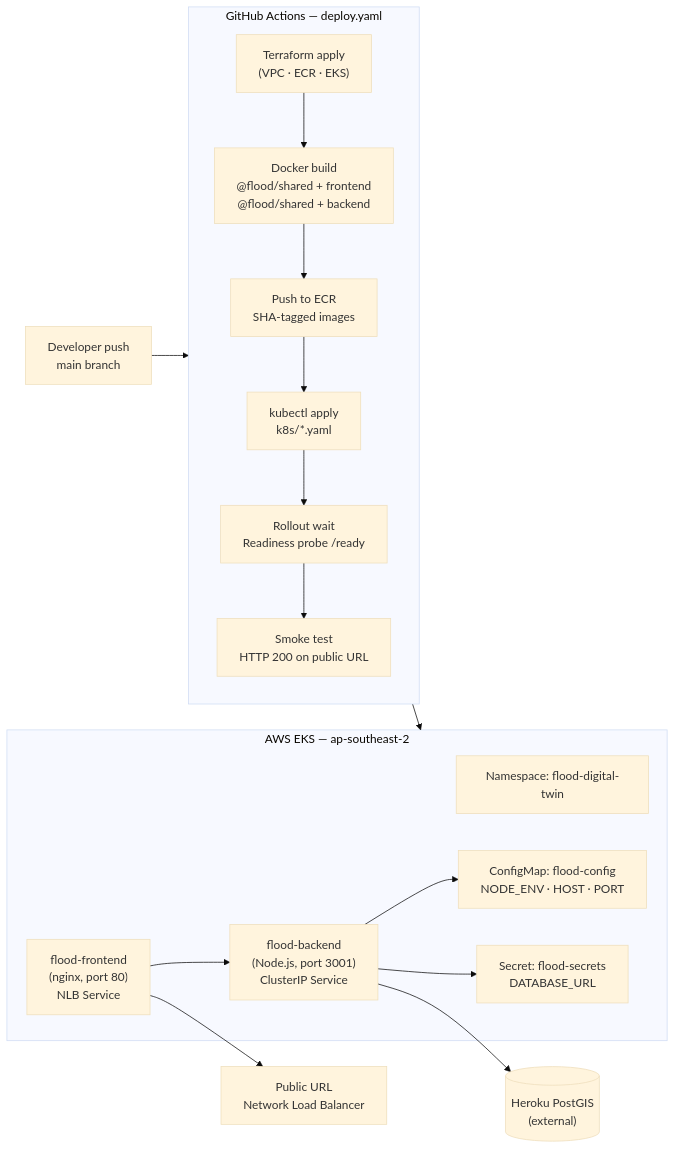
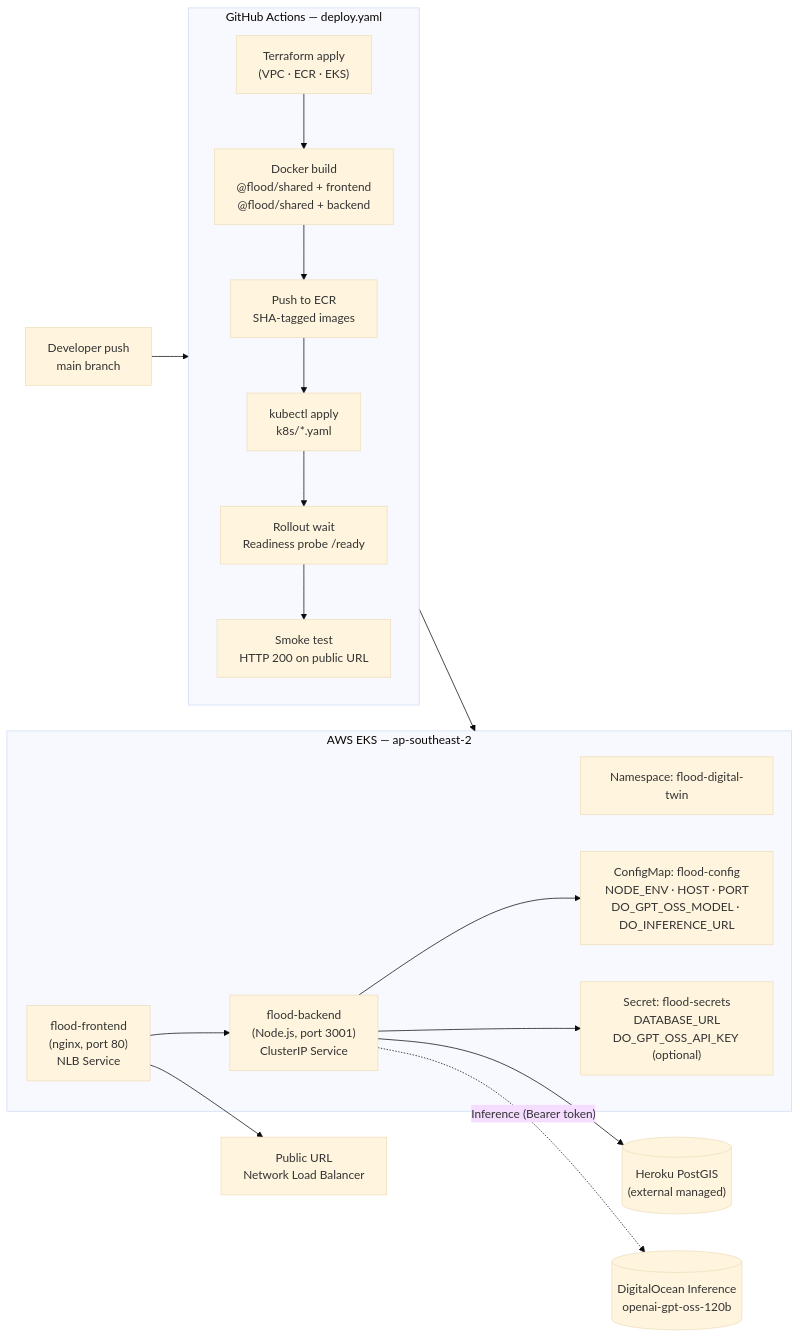
One commit to Saqibayaz4314/Predators changed the fourth of 4 diagrams in README.md. Above: the diagram before and after it, drawn with Mermaid (base theme). The commit also changed other lines of this file, not shown here.

Commit message:
docs(readme): document DigitalOcean inference architecture and model details

````diff
--- a/README.md
+++ b/README.md
@@ -420,30 +476,31 @@
 ```mermaid
 flowchart LR
     DEV["Developer push\nmain branch"] --> GHA
 
     subgraph GHA["GitHub Actions — deploy.yaml"]
         TF["Terraform apply\n(VPC · ECR · EKS)"]
         BUILD["Docker build\n@flood/shared + frontend\n@flood/shared + backend"]
         PUSH["Push to ECR\nSHA-tagged images"]
         DEPLOY["kubectl apply\nk8s/*.yaml"]
         ROLLOUT["Rollout wait\nReadiness probe /ready"]
         VERIFY["Smoke test\nHTTP 200 on public URL"]
         TF --> BUILD --> PUSH --> DEPLOY --> ROLLOUT --> VERIFY
     end
 
     GHA --> EKS
 
     subgraph EKS["AWS EKS — ap-southeast-2"]
         NS["Namespace: flood-digital-twin"]
         FE_D["flood-frontend\n(nginx, port 80)\nNLB Service"]
         BE_D["flood-backend\n(Node.js, port 3001)\nClusterIP Service"]
-        CM["ConfigMap: flood-config\nNODE_ENV · HOST · PORT"]
-        SECRET["Secret: flood-secrets\nDATABASE_URL"]
+        CM["ConfigMap: flood-config\nNODE_ENV · HOST · PORT\nDO_GPT_OSS_MODEL · DO_INFERENCE_URL"]
+        SECRET["Secret: flood-secrets\nDATABASE_URL\nDO_GPT_OSS_API_KEY (optional)"]
         FE_D --> BE_D
         BE_D --> CM
         BE_D --> SECRET
     end
 
     FE_D --> PUB["Public URL\nNetwork Load Balancer"]
-    BE_D --> HDB[("Heroku PostGIS\n(external)")]
+    BE_D --> HDB[("Heroku PostGIS\n(external managed)")]
+    BE_D -. "Inference (Bearer token)" .-> DO_EXT[("DigitalOcean Inference\nopenai-gpt-oss-120b")]
 ```
````
